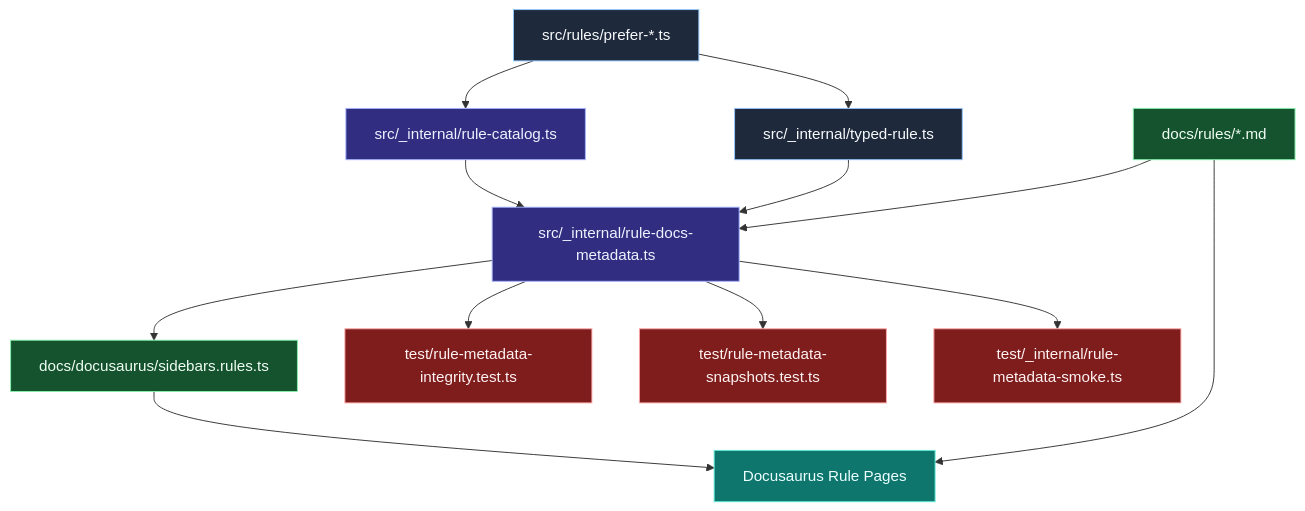
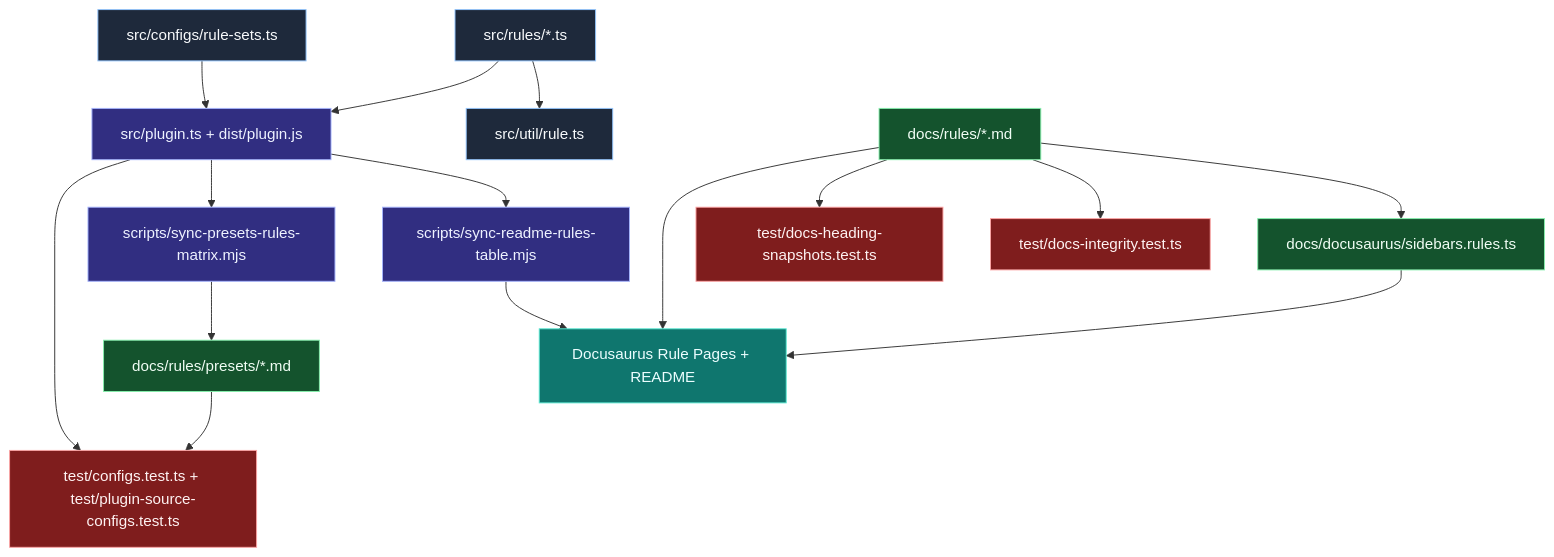
One commit to Nick2bad4u/eslint-plugin-immutable-2 changed the diagram in docs/docusaurus/site-docs/developer/charts/rule-catalog-and-doc-sync.md. Above: the diagram before and after it, drawn with Mermaid. The commit also changed other lines of this file and 24 other files, not shown here.

````diff
--- a/docs/docusaurus/site-docs/developer/charts/rule-catalog-and-doc-sync.md
+++ b/docs/docusaurus/site-docs/developer/charts/rule-catalog-and-doc-sync.md
@@ -11,39 +11,44 @@
 ```mermaid
 flowchart TB
     classDef src fill:#1e293b,stroke:#93c5fd,color:#f8fafc,stroke-width:1px
     classDef catalog fill:#312e81,stroke:#a5b4fc,color:#eef2ff,stroke-width:1px
     classDef docs fill:#14532d,stroke:#86efac,color:#f0fdf4,stroke-width:1px
     classDef tests fill:#7f1d1d,stroke:#fca5a5,color:#fef2f2,stroke-width:1px
     classDef output fill:#0f766e,stroke:#5eead4,color:#ecfeff,stroke-width:1px
 
-    RuleSource[src/rules/prefer-*.ts]
-    TypedRule[src/_internal/typed-rule.ts]
-    RuleCatalog[src/_internal/rule-catalog.ts]
-    RuleDocsMetadata[src/_internal/rule-docs-metadata.ts]
+    RuleSource[src/rules/*.ts]
+    RuleCreator[src/util/rule.ts]
+    PresetSource[src/configs/rule-sets.ts]
+    PluginBuild[src/plugin.ts + dist/plugin.js]
     RuleDocs[docs/rules/*.md]
+    PresetDocs[docs/rules/presets/*.md]
+    ReadmeSync[scripts/sync-readme-rules-table.mjs]
+    PresetSync[scripts/sync-presets-rules-matrix.mjs]
     RuleSidebar[docs/docusaurus/sidebars.rules.ts]
-    IntegrityTests[test/rule-metadata-integrity.test.ts]
-    SnapshotTests[test/rule-metadata-snapshots.test.ts]
-    SmokeTests[test/_internal/rule-metadata-smoke.ts]
-    BuiltDocs[Docusaurus Rule Pages]
+    IntegrityTests[test/docs-integrity.test.ts]
+    HeadingTests[test/docs-heading-snapshots.test.ts]
+    PresetTests[test/configs.test.ts + test/plugin-source-configs.test.ts]
+    BuiltDocs[Docusaurus Rule Pages + README]
 
-    RuleSource --> TypedRule
-    RuleSource --> RuleCatalog
-    RuleCatalog --> RuleDocsMetadata
-    TypedRule --> RuleDocsMetadata
-    RuleDocs --> RuleDocsMetadata
-    RuleDocsMetadata --> RuleSidebar
+    RuleSource --> RuleCreator
+    RuleSource --> PluginBuild
+    PresetSource --> PluginBuild
+    PluginBuild --> ReadmeSync
+    PluginBuild --> PresetSync
+    RuleDocs --> RuleSidebar
     RuleSidebar --> BuiltDocs
 
-    RuleDocsMetadata --> IntegrityTests
-    RuleDocsMetadata --> SnapshotTests
-    RuleDocsMetadata --> SmokeTests
-
+    ReadmeSync --> BuiltDocs
+    PresetSync --> PresetDocs
+    RuleDocs --> IntegrityTests
+    RuleDocs --> HeadingTests
+    PluginBuild --> PresetTests
+    PresetDocs --> PresetTests
     RuleDocs --> BuiltDocs
 
-    class RuleSource,TypedRule src
-    class RuleCatalog,RuleDocsMetadata catalog
-    class RuleDocs,RuleSidebar docs
-    class IntegrityTests,SnapshotTests,SmokeTests tests
+    class RuleSource,RuleCreator,PresetSource src
+    class PluginBuild,ReadmeSync,PresetSync catalog
+    class RuleDocs,PresetDocs,RuleSidebar docs
+    class IntegrityTests,HeadingTests,PresetTests tests
     class BuiltDocs output
 ```
````
